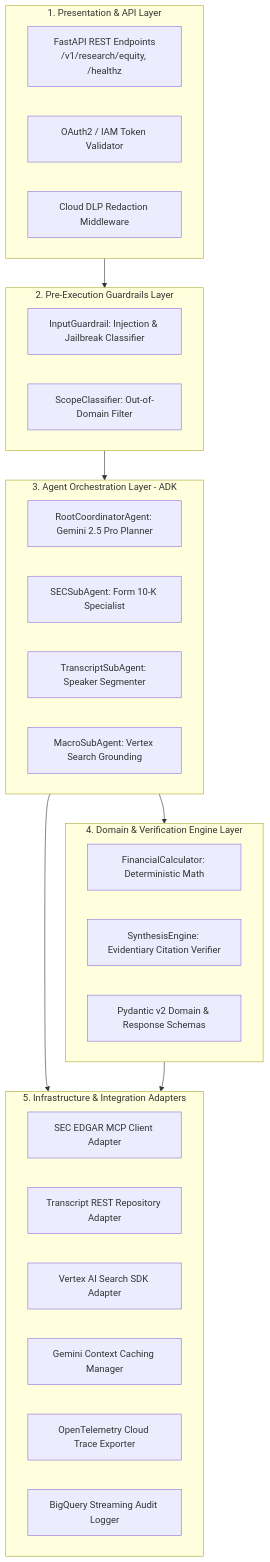
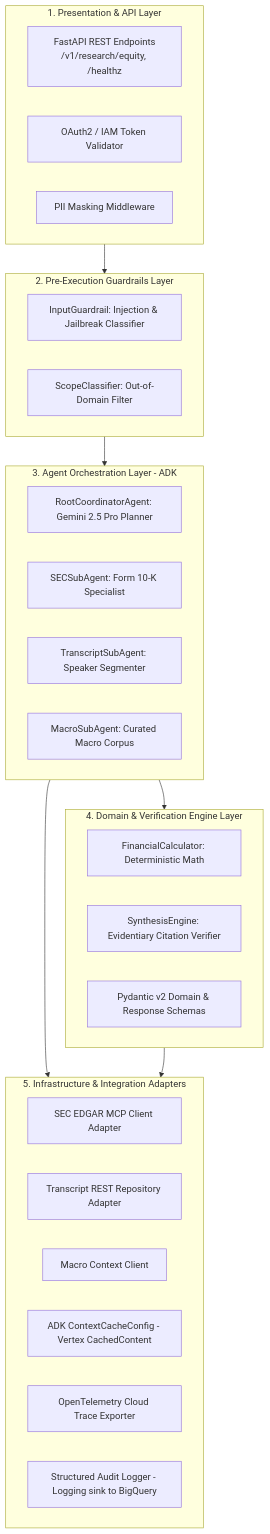
The diagram in docs/tdd_part2_application_architecture.md (Ignotus-21/Finance-Agent---Investment-Research-Agent), drawn with Mermaid before and after one commit. The commit also changed other lines of this file and 27 other files, not shown here.

````diff
--- a/docs/tdd_part2_application_architecture.md
+++ b/docs/tdd_part2_application_architecture.md
@@ -17,41 +17,41 @@
 ```mermaid
 graph TD
     subgraph PresentationLayer [1. Presentation & API Layer]
         FastAPIRoutes[FastAPI REST Endpoints<br/>/v1/research/equity, /healthz]
         AuthMiddleware[OAuth2 / IAM Token Validator]
-        DLPMiddleware[Cloud DLP Redaction Middleware]
+        DLPMiddleware[PII Masking Middleware]
     end
 
     subgraph SecurityLayer [2. Pre-Execution Guardrails Layer]
         InputGuard[InputGuardrail: Injection & Jailbreak Classifier]
         ScopeGuard[ScopeClassifier: Out-of-Domain Filter]
     end
 
     subgraph OrchestrationLayer [3. Agent Orchestration Layer - ADK]
         RootCoord[RootCoordinatorAgent: Gemini 2.5 Pro Planner]
         SECAgent[SECSubAgent: Form 10-K Specialist]
         TransAgent[TranscriptSubAgent: Speaker Segmenter]
-        MacroAgent[MacroSubAgent: Vertex Search Grounding]
+        MacroAgent[MacroSubAgent: Curated Macro Corpus]
     end
 
     subgraph DomainEngineLayer [4. Domain & Verification Engine Layer]
         CalcEngine[FinancialCalculator: Deterministic Math]
         SynthEngine[SynthesisEngine: Evidentiary Citation Verifier]
         DomainModels[Pydantic v2 Domain & Response Schemas]
     end
 
     subgraph InfrastructureLayer [5. Infrastructure & Integration Adapters]
         SECMCPClient[SEC EDGAR MCP Client Adapter]
         TranscriptClient[Transcript REST Repository Adapter]
-        SearchClient[Vertex AI Search SDK Adapter]
-        ContextCacheMgr[Gemini Context Caching Manager]
+        SearchClient[Macro Context Client]
+        ContextCacheMgr[ADK ContextCacheConfig - Vertex CachedContent]
         TraceExporter[OpenTelemetry Cloud Trace Exporter]
-        BQAuditLogger[BigQuery Streaming Audit Logger]
+        BQAuditLogger[Structured Audit Logger - Logging sink to BigQuery]
     end
 
     PresentationLayer --> SecurityLayer
     SecurityLayer --> OrchestrationLayer
     OrchestrationLayer --> DomainEngineLayer
     OrchestrationLayer --> InfrastructureLayer
     DomainEngineLayer --> InfrastructureLayer
 ```
````
